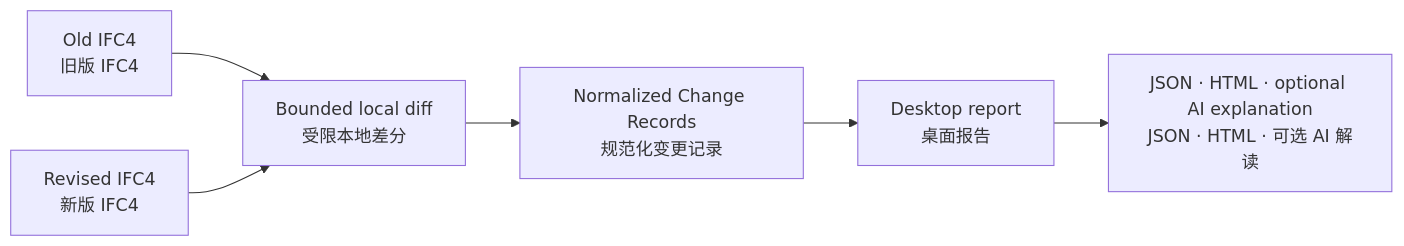
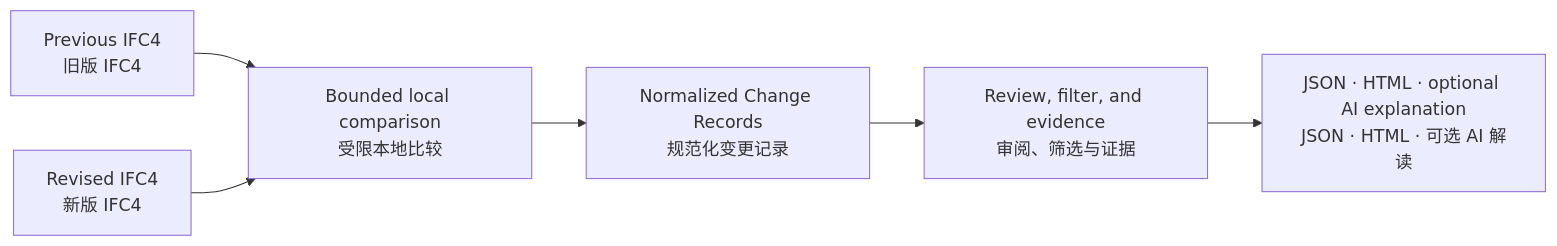
The diagram in README.md (delongwangshu49-hub/bimchange-agent), drawn with Mermaid before and after one commit. The commit also changed other lines of this file and 34 other files, not shown here.

````diff
--- a/README.md
+++ b/README.md
@@ -67,8 +55,8 @@
 ```mermaid
 flowchart LR
-    A["Old IFC4<br/>旧版 IFC4"] --> C["Bounded local diff<br/>受限本地差分"]
+    A["Previous IFC4<br/>旧版 IFC4"] --> C["Bounded local comparison<br/>受限本地比较"]
     B["Revised IFC4<br/>新版 IFC4"] --> C
     C --> D["Normalized Change Records<br/>规范化变更记录"]
-    D --> E["Desktop report<br/>桌面报告"]
+    D --> E["Review, filter, and evidence<br/>审阅、筛选与证据"]
     E --> F["JSON · HTML · optional AI explanation<br/>JSON · HTML · 可选 AI 解读"]
 ```
````
